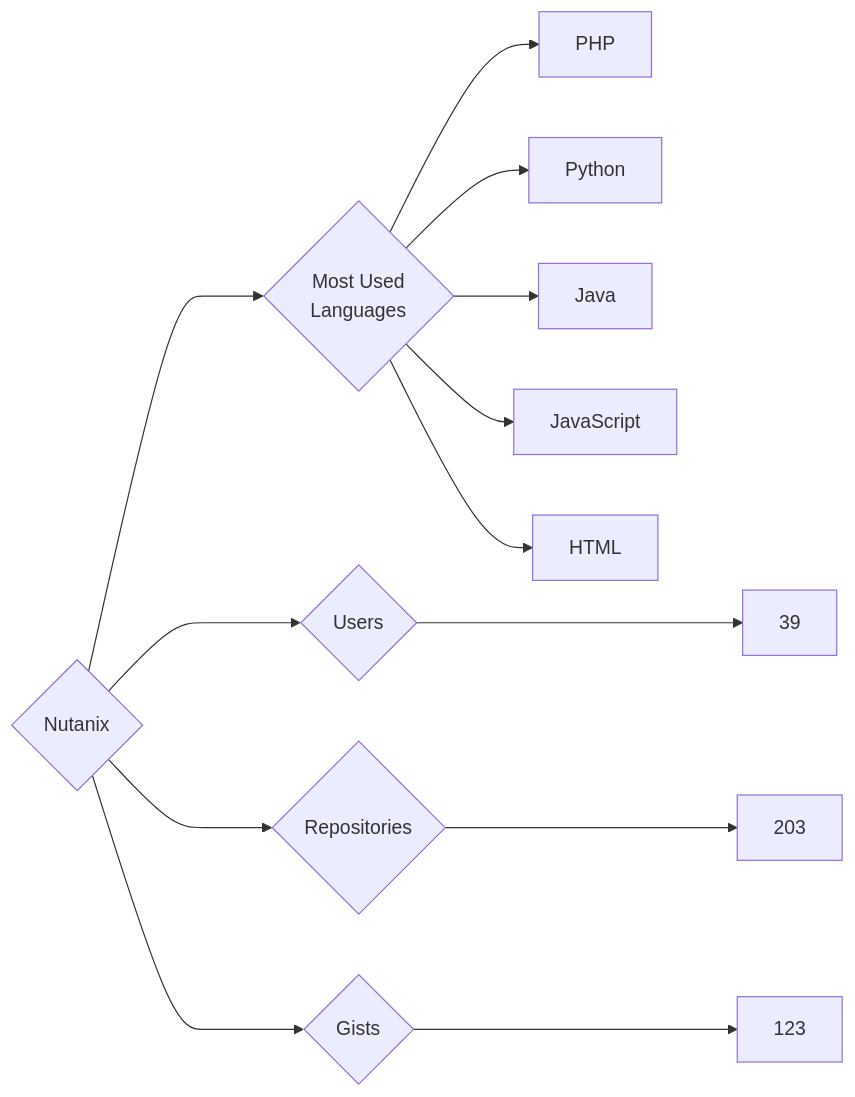
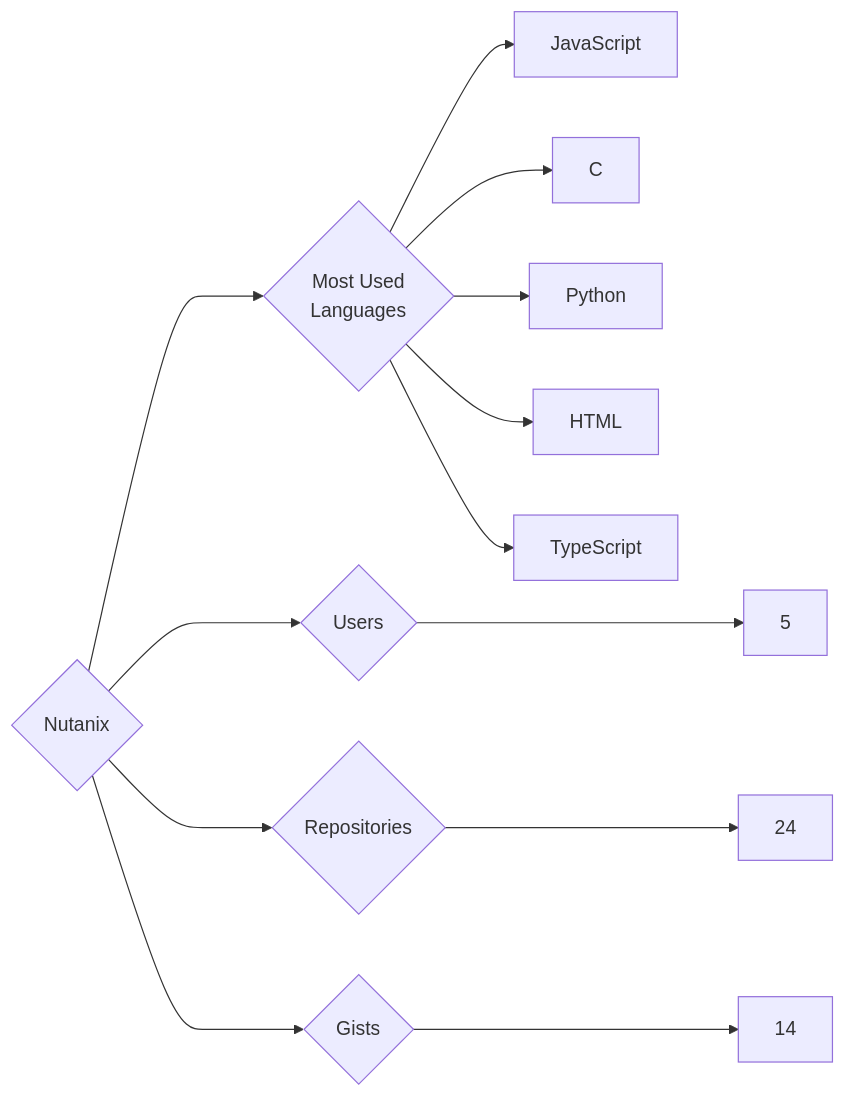
One commit to trickest/insiders changed the diagram in targets/Nutanix/README.md. Above: the diagram before and after it, drawn with Mermaid. The commit also changed 773 other files, not shown here.

````diff
--- a/targets/Nutanix/README.md
+++ b/targets/Nutanix/README.md
@@ -3,13 +3,13 @@
 ```mermaid
 graph LR
 COMPANY_NAME{Nutanix}
-COMPANY_NAME ---> U{Users} ---> UN[39]
-COMPANY_NAME ---> R{Repositories} ---> RN[203]
-COMPANY_NAME ---> G{Gists} ---> GN[123]
+COMPANY_NAME ---> U{Users} ---> UN[5]
+COMPANY_NAME ---> R{Repositories} ---> RN[24]
+COMPANY_NAME ---> G{Gists} ---> GN[14]
 COMPANY_NAME ---> ML{Most Used<br>Languages}
-ML --> PHP[PHP]
+ML --> JavaScript[JavaScript]
+ML --> C[C]
 ML --> Python[Python]
-ML --> Java[Java]
-ML --> JavaScript[JavaScript]
 ML --> HTML[HTML]
+ML --> TypeScript[TypeScript]
 ```
````
